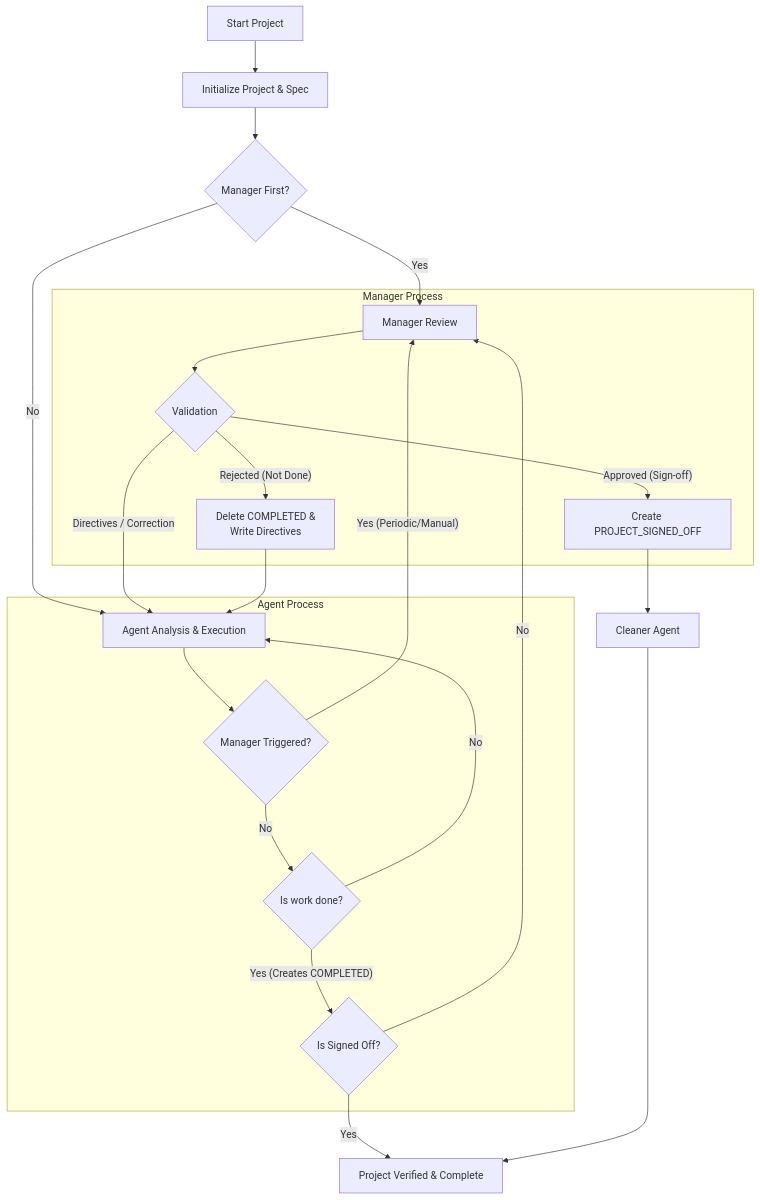
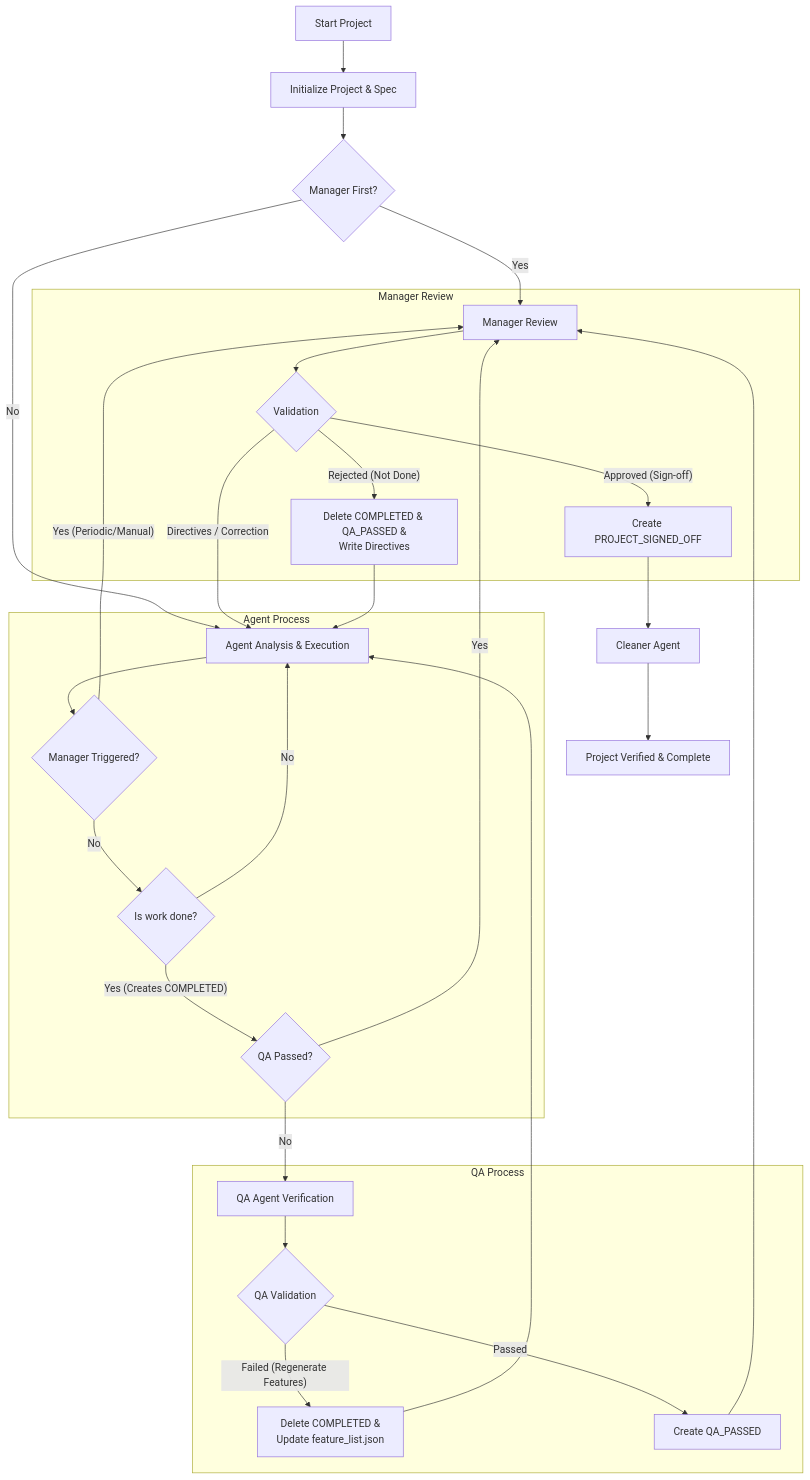
Before and after one commit to process-failed-successfully/combined-autonomous-coding: the diagram in README.md, drawn with Mermaid. The commit also changed other lines of this file and 13 other files, not shown here.

````diff
--- a/README.md
+++ b/README.md
@@ -182,31 +182,39 @@
 ```mermaid
 flowchart TD
     Start[Start Project] --> Init[Initialize Project & Spec]
     Init --> CheckFirst{Manager First?}
     CheckFirst -- Yes --> ManagerStart
     CheckFirst -- No --> AgentLoop
 
     subgraph Agent Process
         AgentLoop[Agent Analysis & Execution]
         AgentLoop --> CheckTrigger{Manager Triggered?}
         CheckTrigger -- "No" --> CheckDone{Is work done?}
         CheckDone -- No --> AgentLoop
-        CheckDone -- Yes (Creates COMPLETED) --> CheckSignOff{Is Signed Off?}
+        CheckDone -- Yes (Creates COMPLETED) --> CheckQA{QA Passed?}
     end
 
     CheckTrigger -- "Yes (Periodic/Manual)" --> ManagerStart
-    CheckSignOff -- Yes --> Finish[Project Verified & Complete]
-    CheckSignOff -- No --> ManagerStart
+    CheckQA -- Yes --> ManagerStart
+    CheckQA -- No --> QAStart
 
-    subgraph Manager Process
+    subgraph QA Process
+        QAStart[QA Agent Verification] --> QAValidation{QA Validation}
+        QAValidation -- "Failed (Regenerate Features)" --> RejectQA[Delete COMPLETED &\nUpdate feature_list.json]
+        QAValidation -- "Passed" --> PassQA[Create QA_PASSED]
+    end
+
+    subgraph Manager Review
         ManagerStart[Manager Review]
         ManagerStart --> Validation{Validation}
         Validation -- "Directives / Correction" --> AgentLoop
         Validation -- "Approved (Sign-off)" --> SignOff[Create PROJECT_SIGNED_OFF]
-        Validation -- "Rejected (Not Done)" --> Reject[Delete COMPLETED &\nWrite Directives]
+        Validation -- "Rejected (Not Done)" --> Reject[Delete COMPLETED & QA_PASSED &\nWrite Directives]
     end
 
+    RejectQA --> AgentLoop
+    PassQA --> ManagerStart
     SignOff --> CleanerLoop[Cleaner Agent]
-    CleanerLoop --> Finish
+    CleanerLoop --> Finish[Project Verified & Complete]
     Reject --> AgentLoop
 ```
````
